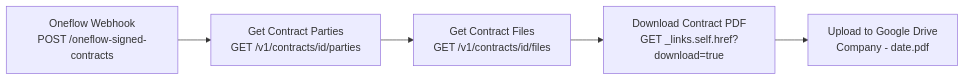
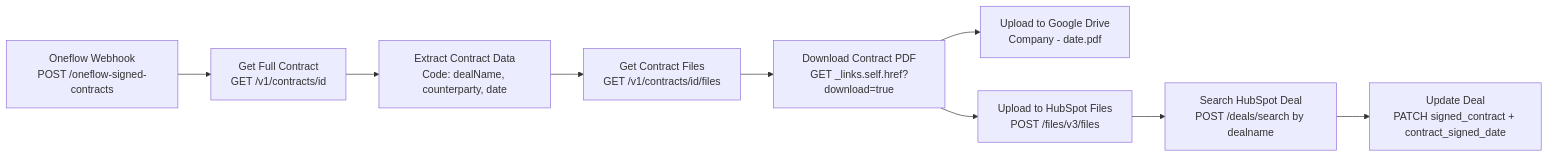
The diagram in workflows/oneflow-signed-contract-to-gdrive/architecture.mmd (isaachasbani-legalfly/workflow-automations), drawn with Mermaid before and after one commit. The commit also changed 4 other files, not shown here.

First line of the commit message:
feat: oneflow workflow v2.0 — add signed contract PDF + date to HubSpot deal

```diff
--- a/workflows/oneflow-signed-contract-to-gdrive/architecture.mmd
+++ b/workflows/oneflow-signed-contract-to-gdrive/architecture.mmd
@@ -1,5 +1,9 @@
 flowchart LR
-    A[Oneflow Webhook\nPOST /oneflow-signed-contracts] --> B[Get Contract Parties\nGET /v1/contracts/id/parties]
-    B --> C[Get Contract Files\nGET /v1/contracts/id/files]
-    C --> D[Download Contract PDF\nGET _links.self.href?download=true]
-    D --> E[Upload to Google Drive\nCompany - date.pdf]
+    A[Oneflow Webhook\nPOST /oneflow-signed-contracts] --> B[Get Full Contract\nGET /v1/contracts/id]
+    B --> C[Extract Contract Data\nCode: dealName, counterparty, date]
+    C --> D[Get Contract Files\nGET /v1/contracts/id/files]
+    D --> E[Download Contract PDF\nGET _links.self.href?download=true]
+    E --> F[Upload to Google Drive\nCompany - date.pdf]
+    E --> G[Upload to HubSpot Files\nPOST /files/v3/files]
+    G --> H[Search HubSpot Deal\nPOST /deals/search by dealname]
+    H --> I[Update Deal\nPATCH signed_contract + contract_signed_date]
```
